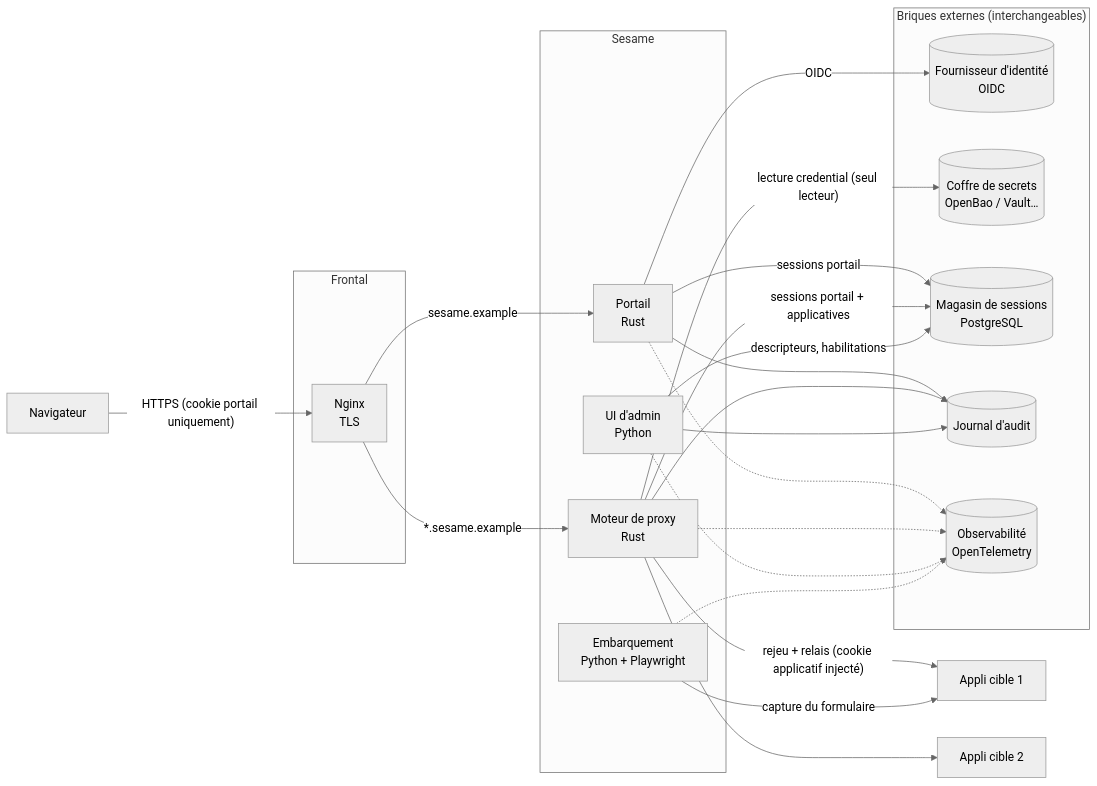
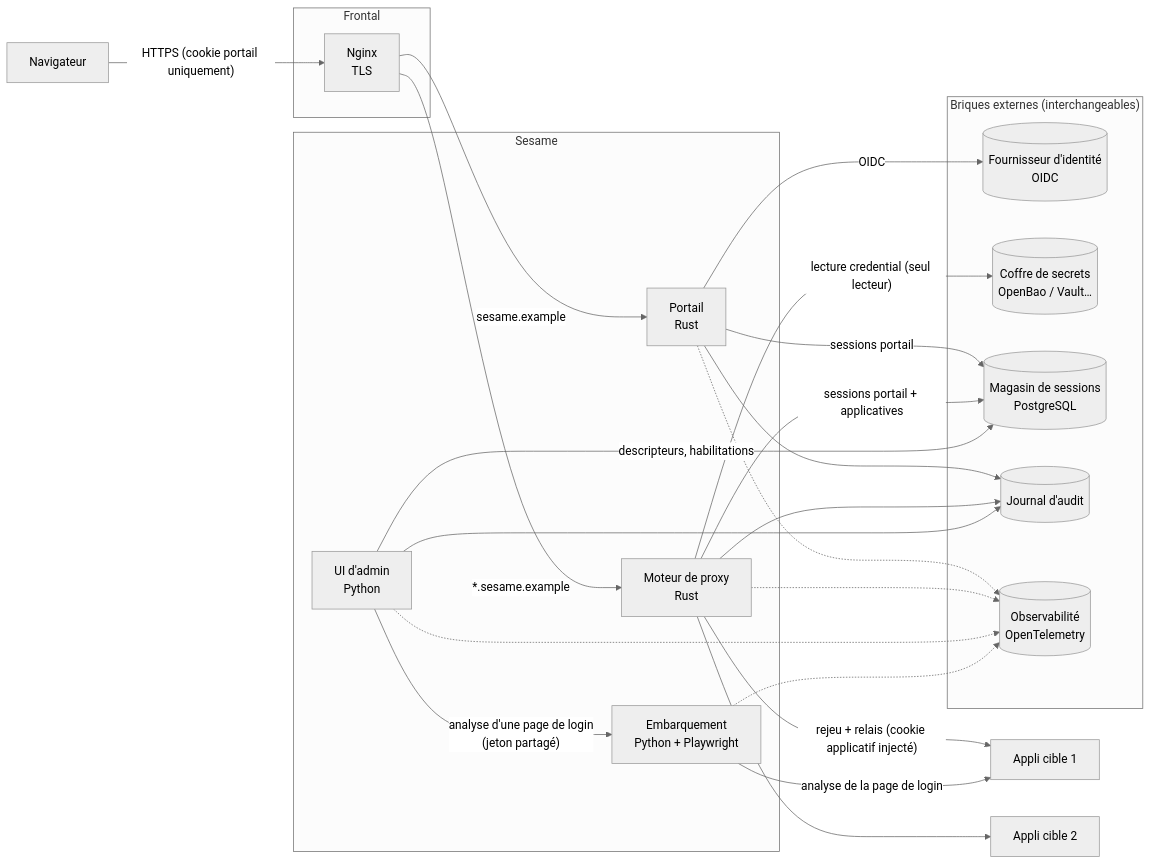
The first of 7 diagrams in docs/architecture.md (neoisback431/Sesame), drawn with Mermaid (neutral theme) before and after one commit. The commit also changed other lines of this file, not shown here.

First line of the commit message:
Architecture : handoff, diagnostic des rejeux, formulaire JS, recorder avec compte de test

````diff
--- a/docs/architecture.md
+++ b/docs/architecture.md
@@ -9,36 +9,37 @@
 ```mermaid
 flowchart LR
     B[Navigateur]
     subgraph Frontal
         N[Nginx<br/>TLS]
     end
     subgraph Sesame
         P[Portail<br/>Rust]
         X[Moteur de proxy<br/>Rust]
         A[UI d'admin<br/>Python]
         O[Embarquement<br/>Python + Playwright]
     end
     subgraph "Briques externes (interchangeables)"
         IDP[(Fournisseur d'identité<br/>OIDC)]
         S[(Coffre de secrets<br/>OpenBao / Vault…)]
         DB[(Magasin de sessions<br/>PostgreSQL)]
         AU[(Journal d'audit)]
         OT[(Observabilité<br/>OpenTelemetry)]
     end
     APP1[Appli cible 1]
     APP2[Appli cible 2]
 
     B -- "HTTPS (cookie portail uniquement)" --> N
     N -- "sesame.example" --> P
     N -- "*.sesame.example" --> X
     P -- OIDC --> IDP
     P -- sessions portail --> DB
     X -- sessions portail + applicatives --> DB
     X -- "lecture credential (seul lecteur)" --> S
     X -- "rejeu + relais (cookie applicatif injecté)" --> APP1
     X --> APP2
     P & X & A --> AU
     P & X & A & O -.-> OT
     A -- descripteurs, habilitations --> DB
-    O -- "capture du formulaire" --> APP1
+    A -- "analyse d'une page de login<br/>(jeton partagé)" --> O
+    O -- "analyse de la page de login" --> APP1
 ```
````
